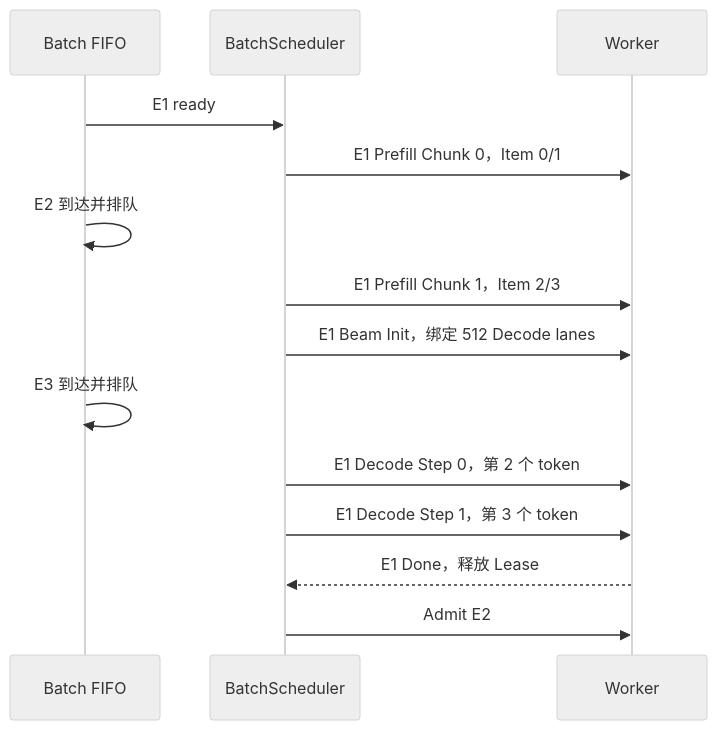
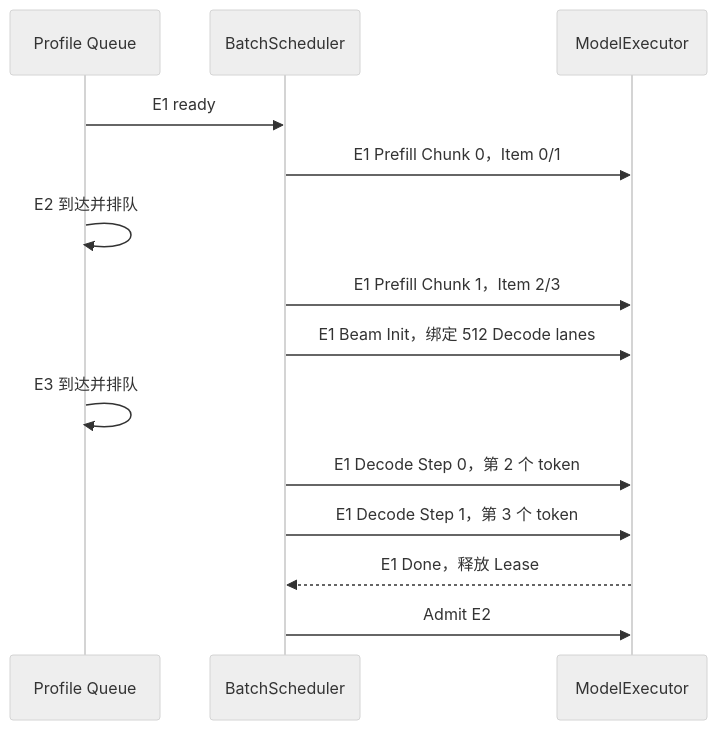
Before and after one commit to zhanghanleo10/gr-related: the tenth of 10 diagrams in GR/nearline_batch_scheduler_and_input_protocol_design.md, drawn with Mermaid (neutral theme). The commit also changed other lines of this file, not shown here.

````diff
--- a/GR/nearline_batch_scheduler_and_input_protocol_design.md
+++ b/GR/nearline_batch_scheduler_and_input_protocol_design.md
@@ -1016,17 +1098,17 @@
 ```mermaid
 sequenceDiagram
-    participant Q as Batch FIFO
+    participant Q as Profile Queue
     participant S as BatchScheduler
-    participant W as Worker
+    participant W as ModelExecutor
 
     Q->>S: E1 ready
     S->>W: E1 Prefill Chunk 0，Item 0/1
     Q->>Q: E2 到达并排队
     S->>W: E1 Prefill Chunk 1，Item 2/3
     S->>W: E1 Beam Init，绑定 512 Decode lanes
     Q->>Q: E3 到达并排队
     S->>W: E1 Decode Step 0，第 2 个 token
     S->>W: E1 Decode Step 1，第 3 个 token
     W-->>S: E1 Done，释放 Lease
     S->>W: Admit E2
 ```
````
